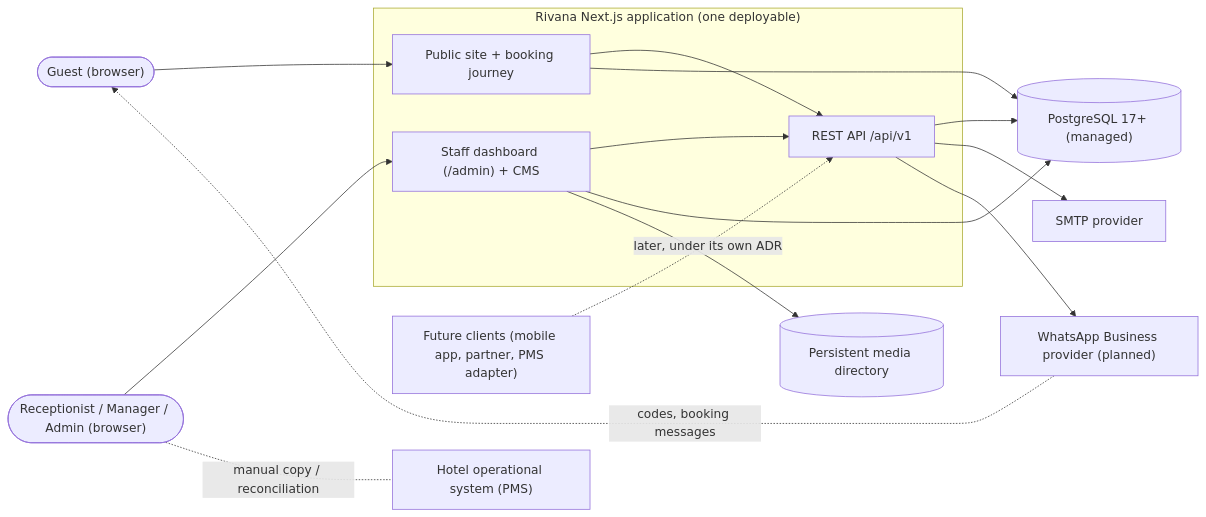
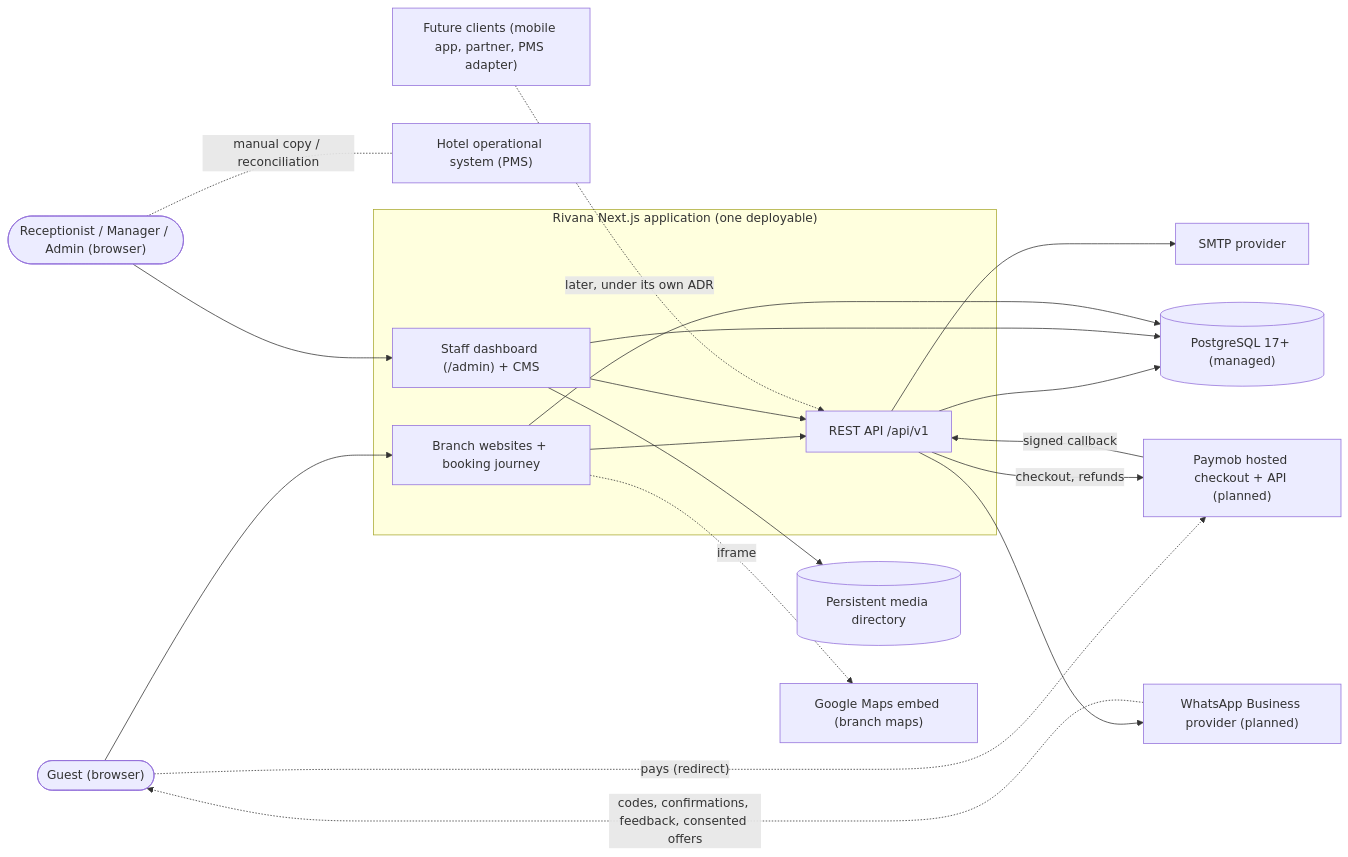
The first of 4 diagrams in docs/architecture/overview.md (mohamedmosilhy/Rivana-Residence), drawn with Mermaid before and after one commit. The commit also changed other lines of this file and 73 other files, not shown here.

````diff
--- a/docs/architecture/overview.md
+++ b/docs/architecture/overview.md
@@ -9,28 +9,34 @@
 ```mermaid
 flowchart LR
   Guest(["Guest (browser)"])
   Staff(["Receptionist / Manager / Admin (browser)"])
   subgraph Rivana["Rivana Next.js application (one deployable)"]
-    Site["Public site + booking journey"]
+    Site["Branch websites + booking journey"]
     Admin["Staff dashboard (/admin) + CMS"]
     API["REST API /api/v1"]
   end
   DB[("PostgreSQL 17+ (managed)")]
   Media[("Persistent media directory")]
   SMTP["SMTP provider"]
   WA["WhatsApp Business provider (planned)"]
+  PSP["Paymob hosted checkout + API (planned)"]
+  Maps["Google Maps embed (branch maps)"]
   PMS["Hotel operational system (PMS)"]
   Future["Future clients (mobile app, partner, PMS adapter)"]
 
   Guest --> Site --> API
   Staff --> Admin --> API
   API --> DB
   Admin --> DB
   Site --> DB
   Admin --> Media
   API --> SMTP
   API --> WA
-  WA -. "codes, booking messages" .-> Guest
+  WA -. "codes, confirmations, feedback, consented offers" .-> Guest
+  Guest -. "pays (redirect)" .-> PSP
+  PSP -- "signed callback" --> API
+  API -- "checkout, refunds" --> PSP
+  Site -. "iframe" .-> Maps
   Staff -. "manual copy / reconciliation" .- PMS
   Future -. "later, under its own ADR" .-> API
 ```
````
